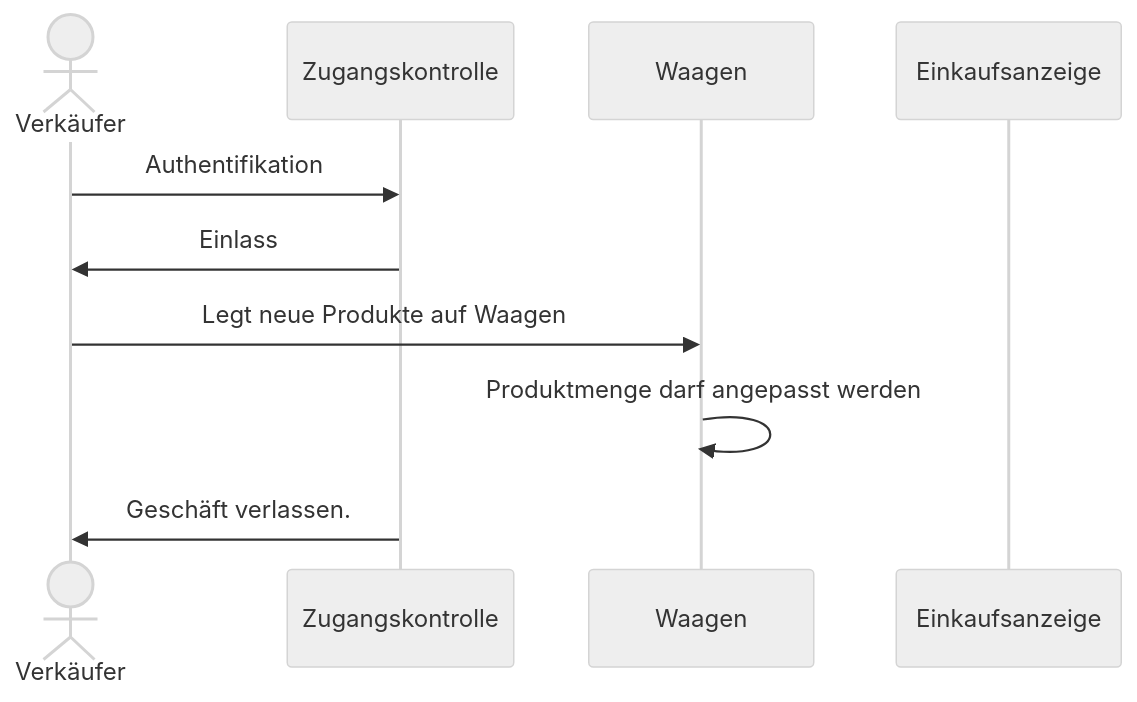
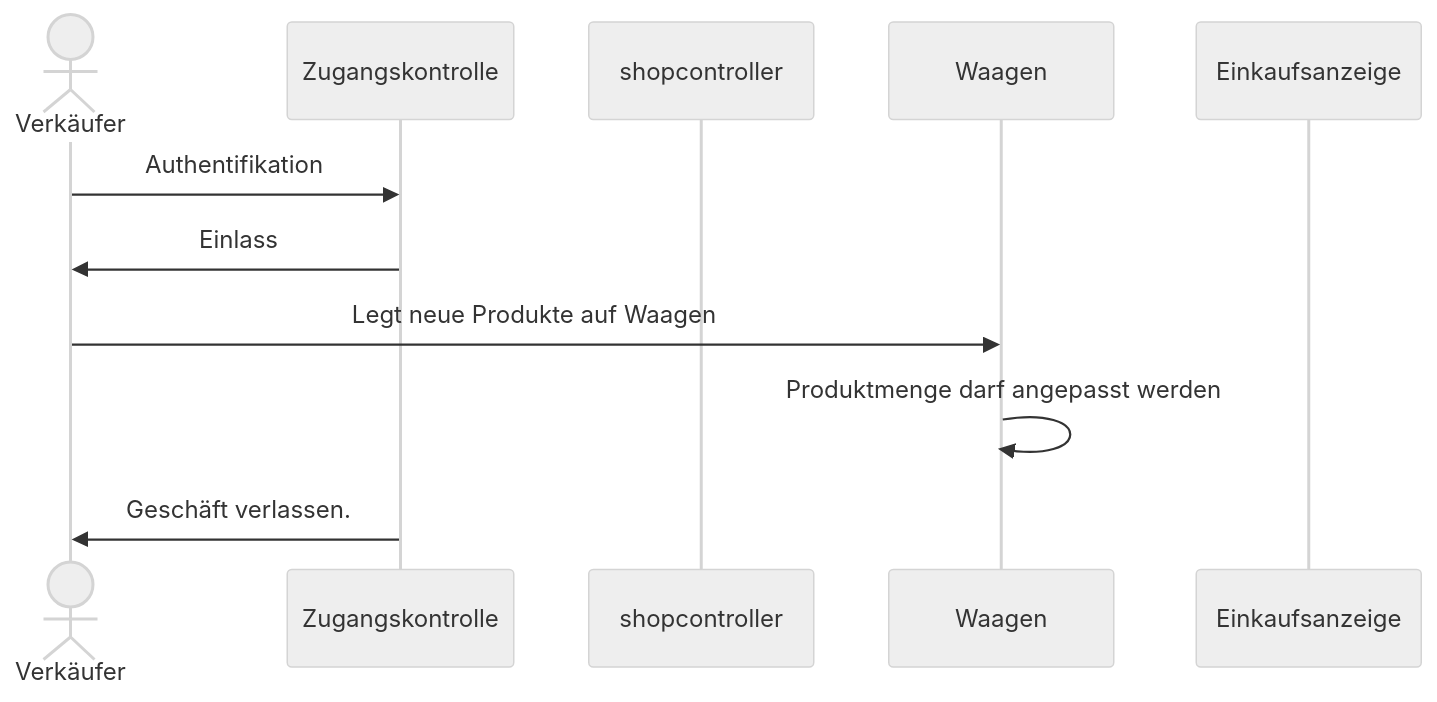
The second of 2 diagrams in ablauf.md (pbotte/zeitlos), drawn with Mermaid (neutral theme) before and after one commit.

````diff
--- a/ablauf.md
+++ b/ablauf.md
@@ -23,12 +23,13 @@
 ```mermaid
 sequenceDiagram
     actor Verkäufer
     participant Zugangskontrolle
+    participant shopcontroller
     participant Waagen
     participant Einkaufsanzeige
     Verkäufer->>Zugangskontrolle: Authentifikation
     Zugangskontrolle->>Verkäufer: Einlass
     Verkäufer->>Waagen: Legt neue Produkte auf Waagen
     Waagen->>Waagen: Produktmenge darf angepasst werden
     Zugangskontrolle->>Verkäufer: Geschäft verlassen.
 ```
````
